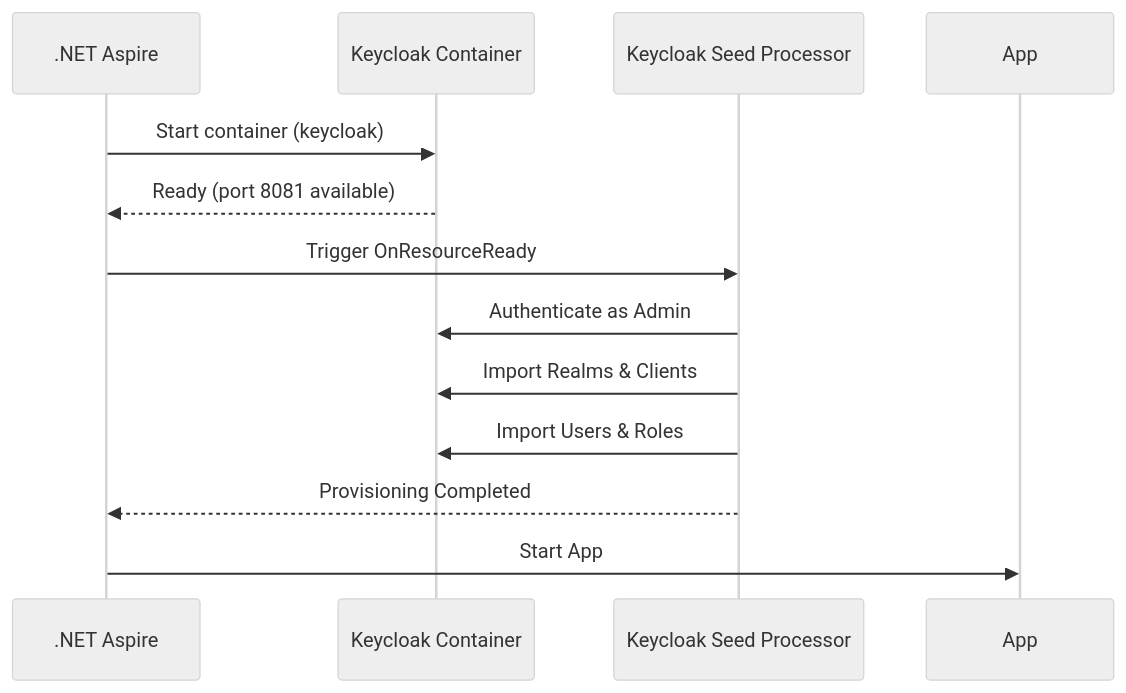
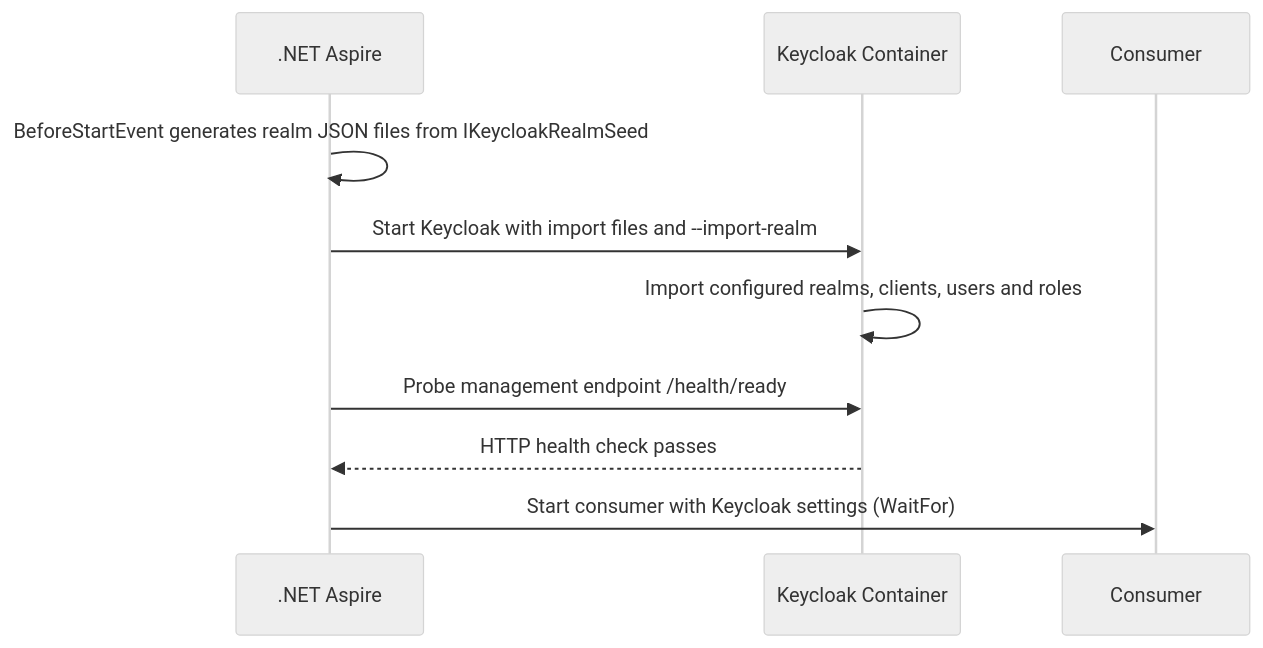
Before and after one commit to Marcus-V-Freitas/MVFC.Aspire.Helpers: the diagram in src/MVFC.Aspire.Helpers.Keycloak/README.md, drawn with Mermaid (neutral theme). The commit also changed other lines of this file and 74 other files, not shown here.

````diff
--- a/src/MVFC.Aspire.Helpers.Keycloak/README.md
+++ b/src/MVFC.Aspire.Helpers.Keycloak/README.md
@@ -124,15 +130,13 @@
 ```mermaid
 sequenceDiagram
     participant Aspire as .NET Aspire
     participant Container as Keycloak Container
-    participant Configurator as Keycloak Seed Processor
-    
-    Aspire->>Container: Start container (keycloak)
-    Container-->>Aspire: Ready (port 8081 available)
-    Aspire->>Configurator: Trigger OnResourceReady
-    Configurator->>Container: Authenticate as Admin
-    Configurator->>Container: Import Realms & Clients
-    Configurator->>Container: Import Users & Roles
-    Configurator-->>Aspire: Provisioning Completed
-    Aspire->>App: Start App
+    participant App as Consumer
+
+    Aspire->>Aspire: BeforeStartEvent generates realm JSON files from IKeycloakRealmSeed
+    Aspire->>Container: Start Keycloak with import files and --import-realm
+    Container->>Container: Import configured realms, clients, users and roles
+    Aspire->>Container: Probe management endpoint /health/ready
+    Container-->>Aspire: HTTP health check passes
+    Aspire->>App: Start consumer with Keycloak settings (WaitFor)
 ```
````
